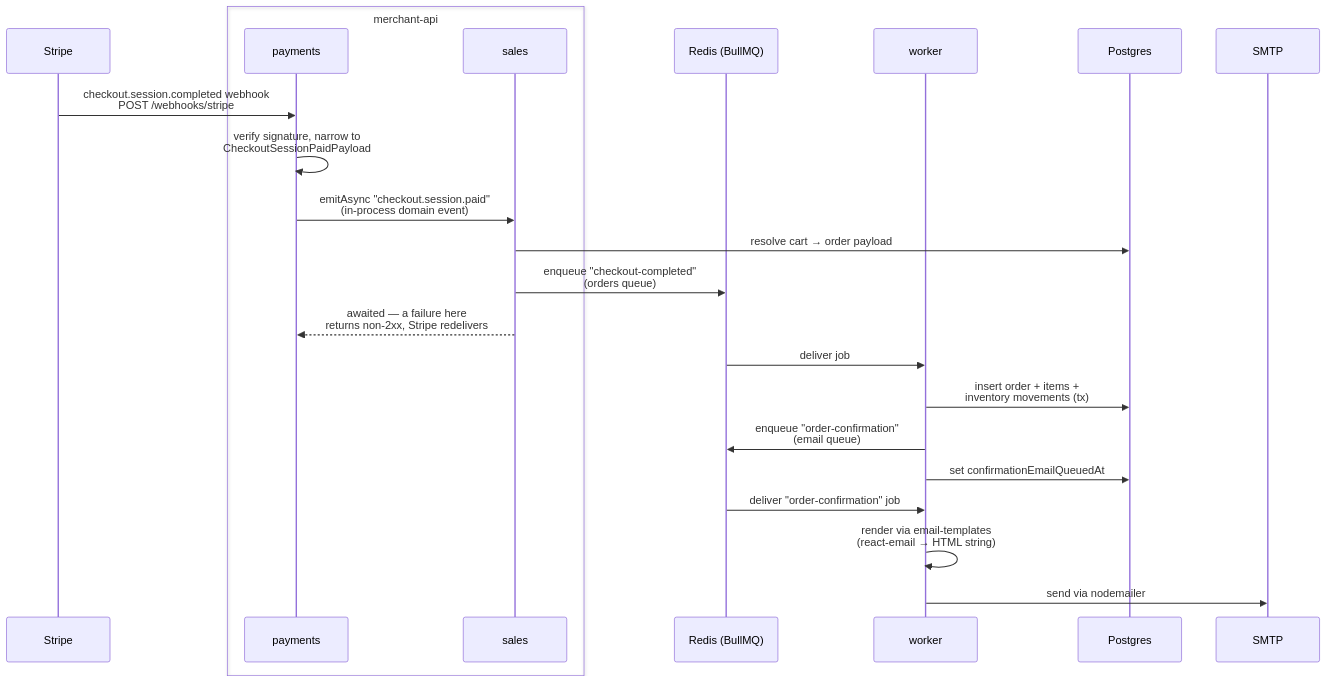
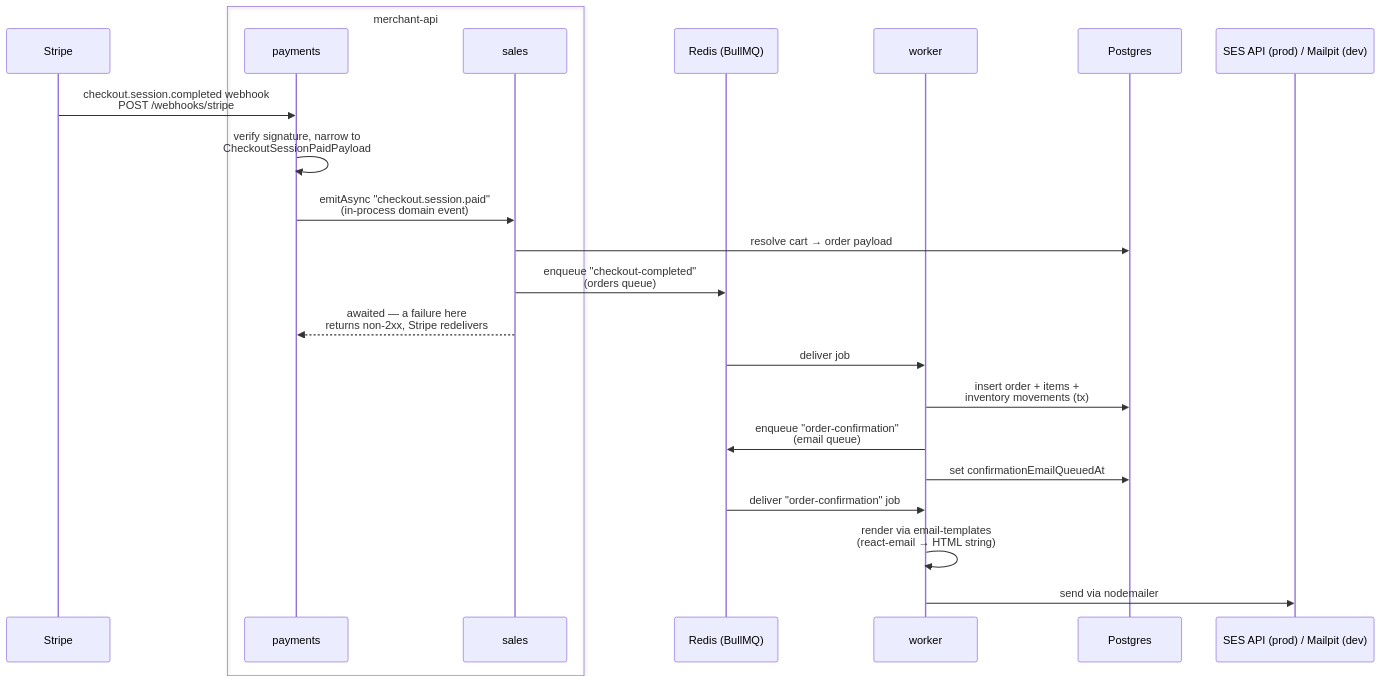
One commit to noel-vega/ordersail changed the second of 2 diagrams in ARCHITECTURE.md. Above: the diagram before and after it, drawn with Mermaid. The commit also changed other lines of this file and 1 other file, not shown here.

First line of the commit message:
docs(worker): describe the SES API transport in ARCHITECTURE.md and ses.tf comments (OS-658)

````diff
--- a/ARCHITECTURE.md
+++ b/ARCHITECTURE.md
@@ -113,26 +115,26 @@
 ```mermaid
 sequenceDiagram
     participant Stripe
     box merchant-api
         participant pay as payments
         participant sales as sales
     end
     participant redis as Redis (BullMQ)
     participant worker
     participant pg as Postgres
-    participant mail as SMTP
+    participant mail as SES API (prod) / Mailpit (dev)
 
     Stripe->>pay: checkout.session.completed webhook<br/>POST /webhooks/stripe
     pay->>pay: verify signature, narrow to<br/>CheckoutSessionPaidPayload
     pay->>sales: emitAsync "checkout.session.paid"<br/>(in-process domain event)
     sales->>pg: resolve cart → order payload
     sales->>redis: enqueue "checkout-completed"<br/>(orders queue)
     sales-->>pay: awaited — a failure here<br/>returns non-2xx, Stripe redelivers
     redis->>worker: deliver job
     worker->>pg: insert order + items +<br/>inventory movements (tx)
     worker->>redis: enqueue "order-confirmation"<br/>(email queue)
     worker->>pg: set confirmationEmailQueuedAt
     redis->>worker: deliver "order-confirmation" job
     worker->>worker: render via email-templates<br/>(react-email → HTML string)
     worker->>mail: send via nodemailer
 ```
````
